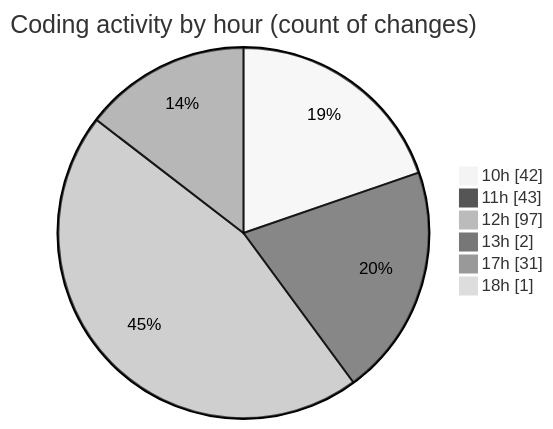
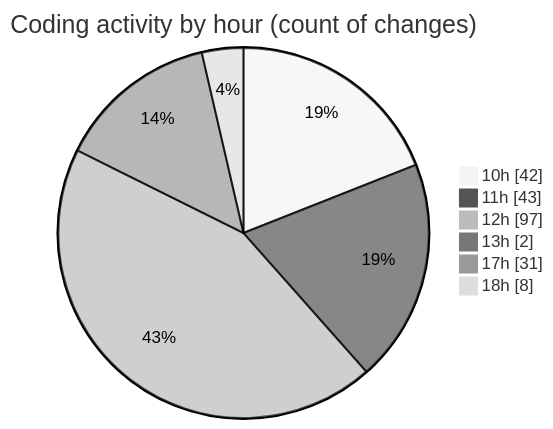
One commit to CELIANVF/code-tracking changed the second of 2 diagrams in 2025-05-15/ecodeli-1/README.md. Above: the diagram before and after it, drawn with Mermaid (neutral theme). The commit also changed other lines of this file and 1 other file, not shown here.

````diff
--- a/2025-05-15/ecodeli-1/README.md
+++ b/2025-05-15/ecodeli-1/README.md
@@ -80,10 +82,10 @@
 ```mermaid
 pie showData
 title Coding activity by hour (count of changes)
 "10h" : 42
 "11h" : 43
 "12h" : 97
 "13h" : 2
 "17h" : 31
-"18h" : 1
+"18h" : 8
 ```
````
